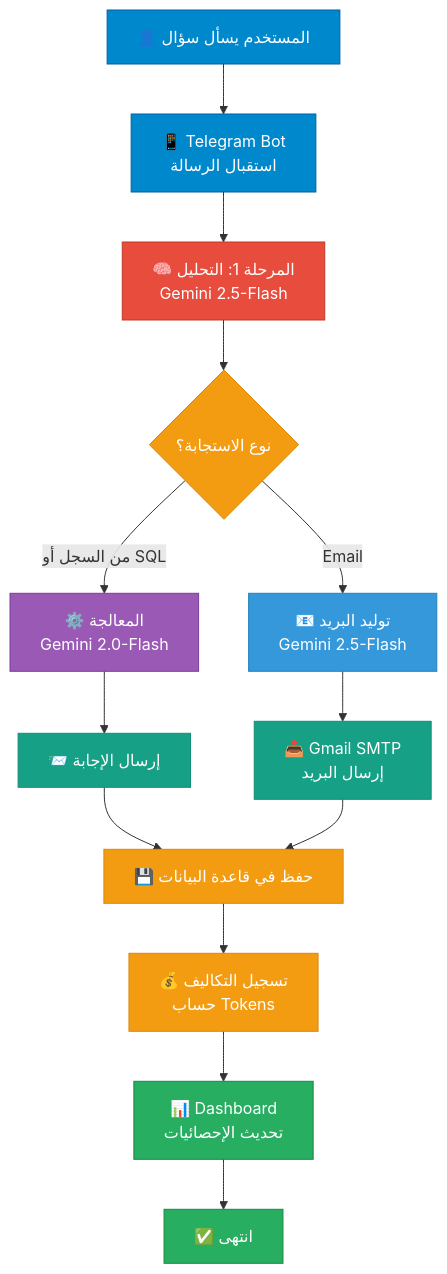
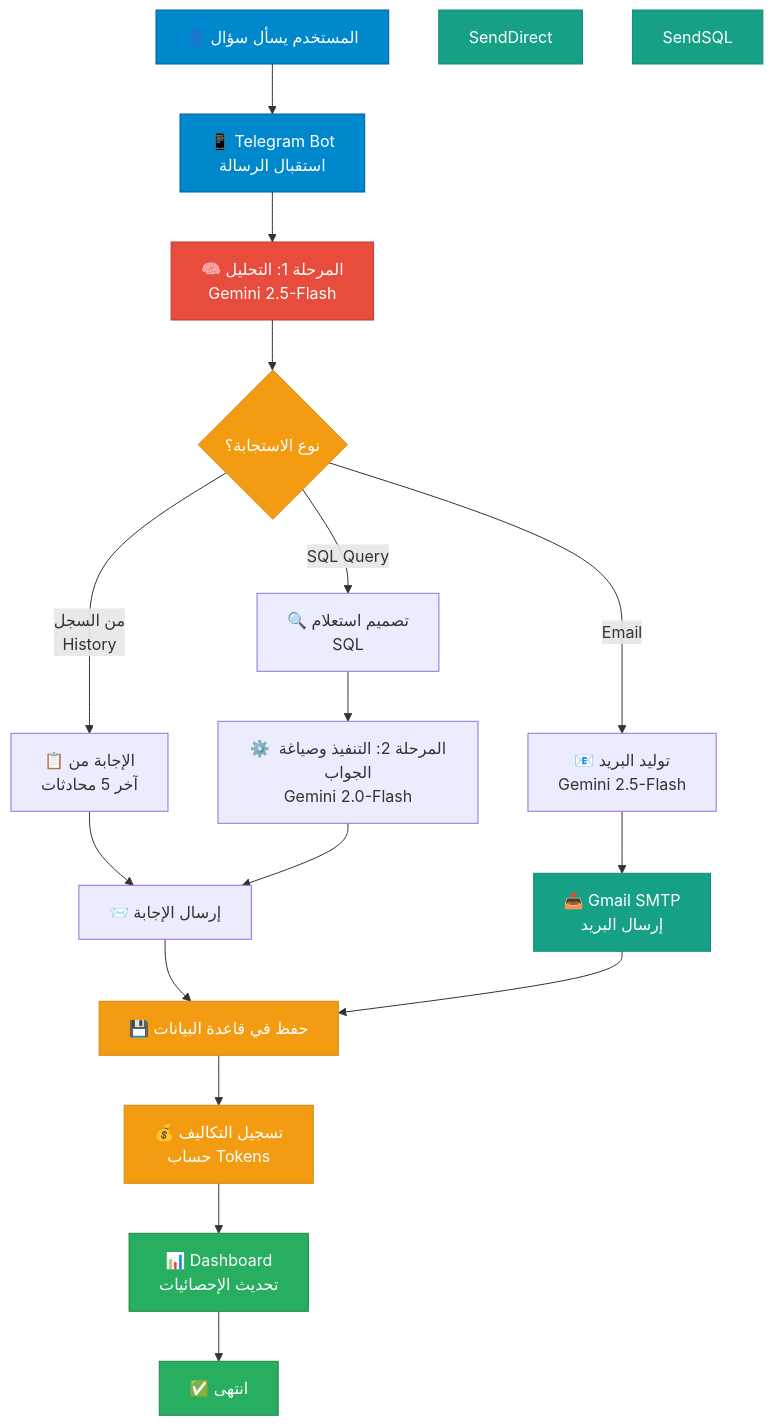
Before and after one commit to Bek0/AI-Telegram-Bot: the first of 2 diagrams in README.md, drawn with Mermaid.

Commit message:
Refactor decision paths and update styles in README

````diff
--- a/README.md
+++ b/README.md
@@ -8,36 +8,42 @@
 ```mermaid
 graph TD
     Start["👤 المستخدم يسأل سؤال"] --> Input["📱 Telegram Bot<br/>استقبال الرسالة"]
     Input --> Stage1["🧠 المرحلة 1: التحليل<br/>Gemini 2.5-Flash"]
     
     Stage1 --> Decide{نوع الاستجابة؟}
     
-    %% Path 1 & 2: Direct Answer or SQL Query
-    Decide -->|من السجل أو SQL| Processing["⚙️ المعالجة<br/>Gemini 2.0-Flash"]
-    Processing --> SendResponse["📨 إرسال الإجابة"]
+    %% Path 1: Direct Answer from History
+    Decide -->|من السجل<br/>History| DirectPath["📋 الإجابة من<br/>آخر 5 محادثات"]
+    
+    %% Path 2: SQL Query
+    Decide -->|SQL Query| SQLPath["🔍 تصميم استعلام<br/>SQL"]
+    SQLPath --> Stage2["⚙️ المرحلة 2: التنفيذ وصياغة الجواب<br/>Gemini 2.0-Flash"]
     
     %% Path 3: Email Generation
     Decide -->|Email| EmailPath["📧 توليد البريد<br/>Gemini 2.5-Flash"]
     EmailPath --> SendEmail["📤 Gmail SMTP<br/>إرسال البريد"]
+    
+    %% Combine paths 1 and 2
+    DirectPath --> SendResponse["📨 إرسال الإجابة"]
+    Stage2 --> SendResponse
     
     %% Logging and Tracking
     SendResponse --> SaveConv["💾 حفظ في قاعدة البيانات"]
     SendEmail --> SaveConv
     
     SaveConv --> LogCosts["💰 تسجيل التكاليف<br/>حساب Tokens"]
     LogCosts --> Dashboard["📊 Dashboard<br/>تحديث الإحصائيات"]
     Dashboard --> End["✅ انتهى"]
     
     style Start fill:#0088cc,stroke:#005fa3,color:#fff
     style Input fill:#0088cc,stroke:#005fa3,color:#fff
     style Stage1 fill:#e74c3c,stroke:#c0392b,color:#fff
     style Decide fill:#f39c12,stroke:#d68910,color:#fff
-    style Processing fill:#9b59b6,stroke:#7d3c98,color:#fff
-    style SendResponse fill:#16a085,stroke:#138d75,color:#fff
-    style EmailPath fill:#3498db,stroke:#2980b9,color:#fff
+    style SendDirect fill:#16a085,stroke:#138d75,color:#fff
+    style SendSQL fill:#16a085,stroke:#138d75,color:#fff
     style SendEmail fill:#16a085,stroke:#138d75,color:#fff
     style SaveConv fill:#f39c12,stroke:#d68910,color:#fff
     style LogCosts fill:#f39c12,stroke:#d68910,color:#fff
     style Dashboard fill:#27ae60,stroke:#1e8449,color:#fff
     style End fill:#27ae60,stroke:#1e8449,color:#fff
 ```
````
